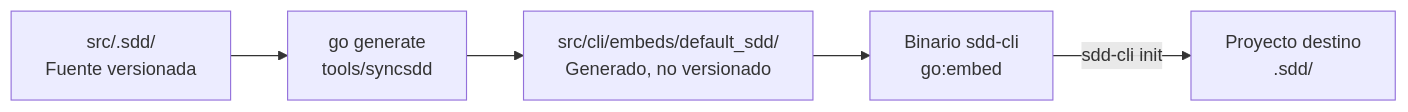
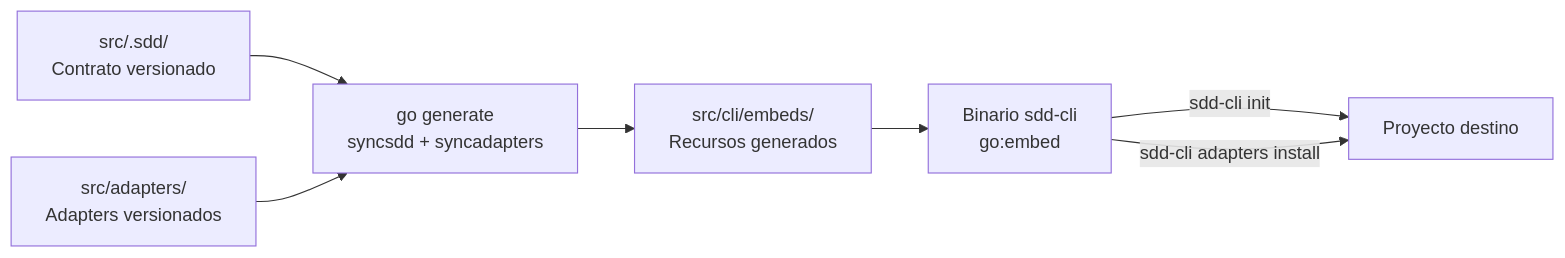
The second of 15 diagrams in docs/9-guia-tecnica-cli.md (matiasezequieldimuro/ssd-workflow), drawn with Mermaid before and after one commit. The commit also changed other lines of this file and 66 other files, not shown here.

````diff
--- a/docs/9-guia-tecnica-cli.md
+++ b/docs/9-guia-tecnica-cli.md
@@ -352,11 +392,14 @@
 ```mermaid
 flowchart LR
-    Contract["src/.sdd/<br/>Fuente versionada"]
-    Generate["go generate<br/>tools/syncsdd"]
-    Generated["src/cli/embeds/default_sdd/<br/>Generado, no versionado"]
+    Contract["src/.sdd/<br/>Contrato versionado"]
+    Adapters["src/adapters/<br/>Adapters versionados"]
+    Generate["go generate<br/>syncsdd + syncadapters"]
+    Generated["src/cli/embeds/<br/>Recursos generados"]
     Binary["Binario sdd-cli<br/>go:embed"]
-    Project["Proyecto destino<br/>.sdd/"]
+    Project["Proyecto destino"]
 
     Contract --> Generate --> Generated --> Binary
+    Adapters --> Generate
     Binary -->|"sdd-cli init"| Project
+    Binary -->|"sdd-cli adapters install"| Project
 ```
````
